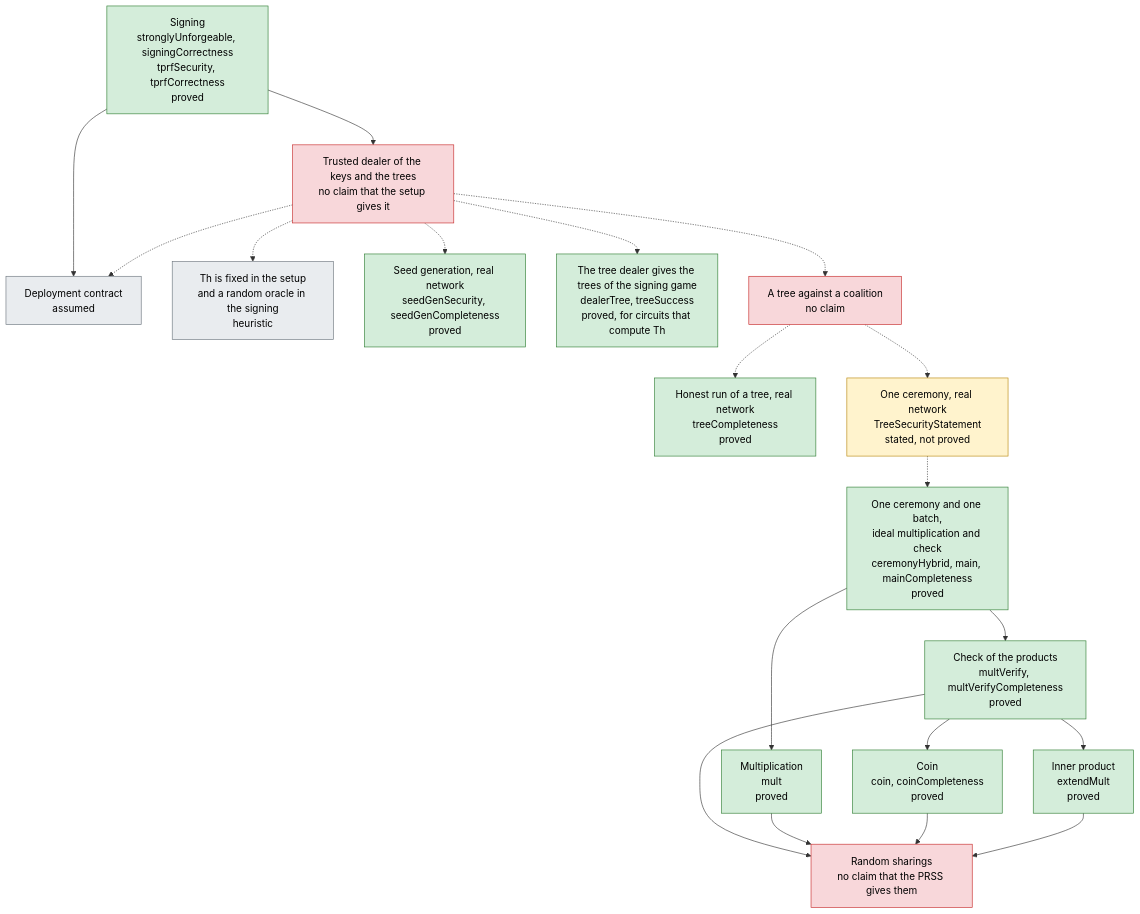
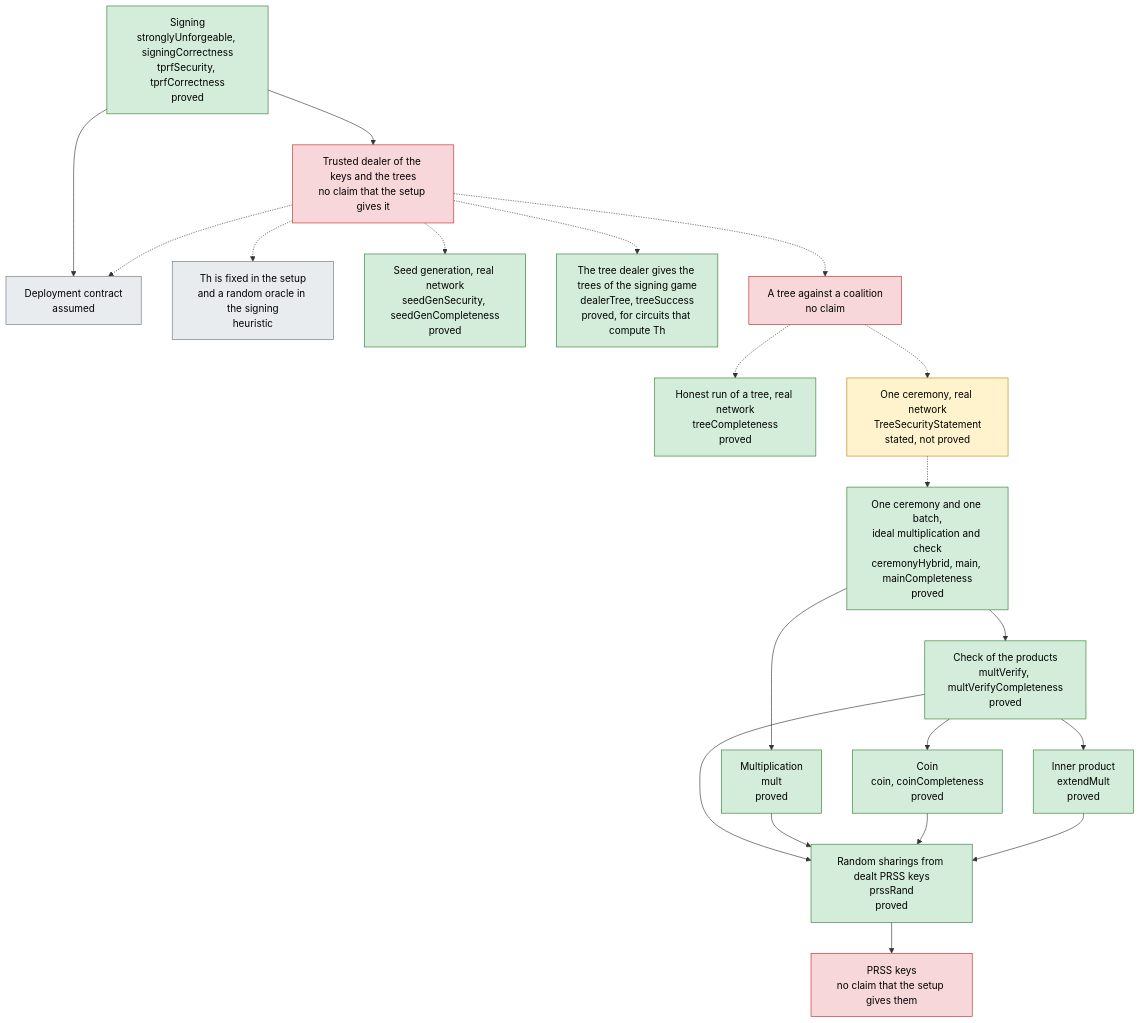
The diagram in formal/README.md (han0110/threshold-lean-xmss), drawn with Mermaid before and after one commit. The commit also changed other lines of this file and 13 other files, not shown here.

First line of the commit message:
feat(formal): prove the PRSS streams claim, field 19 of the bundle

````diff
--- a/formal/README.md
+++ b/formal/README.md
@@ -71,42 +75,44 @@
 ```mermaid
 flowchart TB
   classDef proved fill:#d4edda,stroke:#2e7d32,color:#000
   classDef stated fill:#fff3cd,stroke:#b8860b,color:#000
   classDef missing fill:#f8d7da,stroke:#c62828,color:#000
   classDef assumed fill:#e9ecef,stroke:#6c757d,color:#000
 
   SIGN["Signing<br/>stronglyUnforgeable, signingCorrectness<br/>tprfSecurity, tprfCorrectness<br/>proved"]:::proved
   DEALT["Trusted dealer of the keys and the trees<br/>no claim that the setup gives it"]:::missing
   RULES["Deployment contract<br/>assumed"]:::assumed
   HEUR["Th is fixed in the setup<br/>and a random oracle in the signing<br/>heuristic"]:::assumed
   SEED["Seed generation, real network<br/>seedGenSecurity, seedGenCompleteness<br/>proved"]:::proved
   DEALER["The tree dealer gives the trees of the signing game<br/>dealerTree, treeSuccess<br/>proved, for circuits that compute Th"]:::proved
   TREE["A tree against a coalition<br/>no claim"]:::missing
   HONEST["Honest run of a tree, real network<br/>treeCompleteness<br/>proved"]:::proved
   REAL["One ceremony, real network<br/>TreeSecurityStatement<br/>stated, not proved"]:::stated
   HYBRID["One ceremony and one batch,<br/>ideal multiplication and check<br/>ceremonyHybrid, main, mainCompleteness<br/>proved"]:::proved
   MULT["Multiplication<br/>mult<br/>proved"]:::proved
   CHECK["Check of the products<br/>multVerify, multVerifyCompleteness<br/>proved"]:::proved
   COIN["Coin<br/>coin, coinCompleteness<br/>proved"]:::proved
   INNER["Inner product<br/>extendMult<br/>proved"]:::proved
-  RAND["Random sharings<br/>no claim that the PRSS gives them"]:::missing
+  RAND["Random sharings from dealt PRSS keys<br/>prssRand<br/>proved"]:::proved
+  PKEYS["PRSS keys<br/>no claim that the setup gives them"]:::missing
 
   SIGN --> DEALT
   SIGN --> RULES
   DEALT -.-> RULES
   DEALT -.-> HEUR
   DEALT -.-> SEED
   DEALT -.-> DEALER
   DEALT -.-> TREE
   TREE -.-> HONEST
   TREE -.-> REAL
   REAL -.-> HYBRID
   HYBRID --> MULT
   HYBRID --> CHECK
   CHECK --> COIN
   CHECK --> INNER
   CHECK --> RAND
   MULT --> RAND
   COIN --> RAND
   INNER --> RAND
+  RAND --> PKEYS
 ```
````
